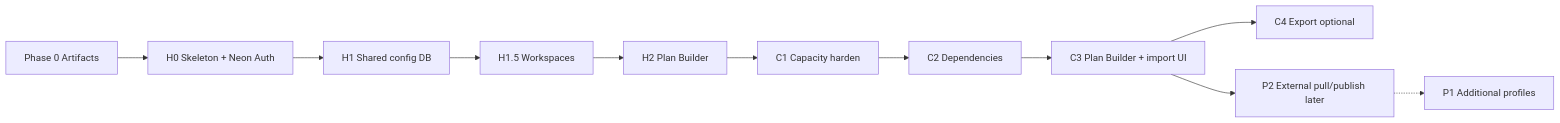
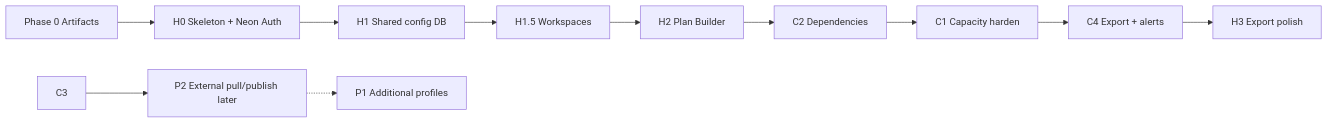
Before and after one commit to inaayat/one-more-column: the diagram in BUILD_PLAN.md, drawn with Mermaid. The commit also changed other lines of this file and 16 other files, not shown here.

First line of the commit message:
H2 + C2: Plan Builder, scenarios, CSV import, and dependencies

````diff
--- a/BUILD_PLAN.md
+++ b/BUILD_PLAN.md
@@ -27,13 +27,13 @@
 ```mermaid
 flowchart LR
   P0[Phase 0 Artifacts] --> H0[H0 Skeleton + Neon Auth]
   H0 --> H1[H1 Shared config DB]
   H1 --> H15[H1.5 Workspaces]
   H15 --> H2[H2 Plan Builder]
-  H2 --> C1[C1 Capacity harden]
-  C1 --> C2[C2 Dependencies]
-  C2 --> C3[C3 Plan Builder + import UI]
-  C3 --> C4[C4 Export optional]
+  H2 --> C2[C2 Dependencies]
+  C2 --> C1[C1 Capacity harden]
+  C1 --> C4[C4 Export + alerts]
+  C4 --> H3[H3 Export polish]
   C3 --> P2[P2 External pull/publish later]
   P2 -.-> P1[P1 Additional profiles]
 ```
````
